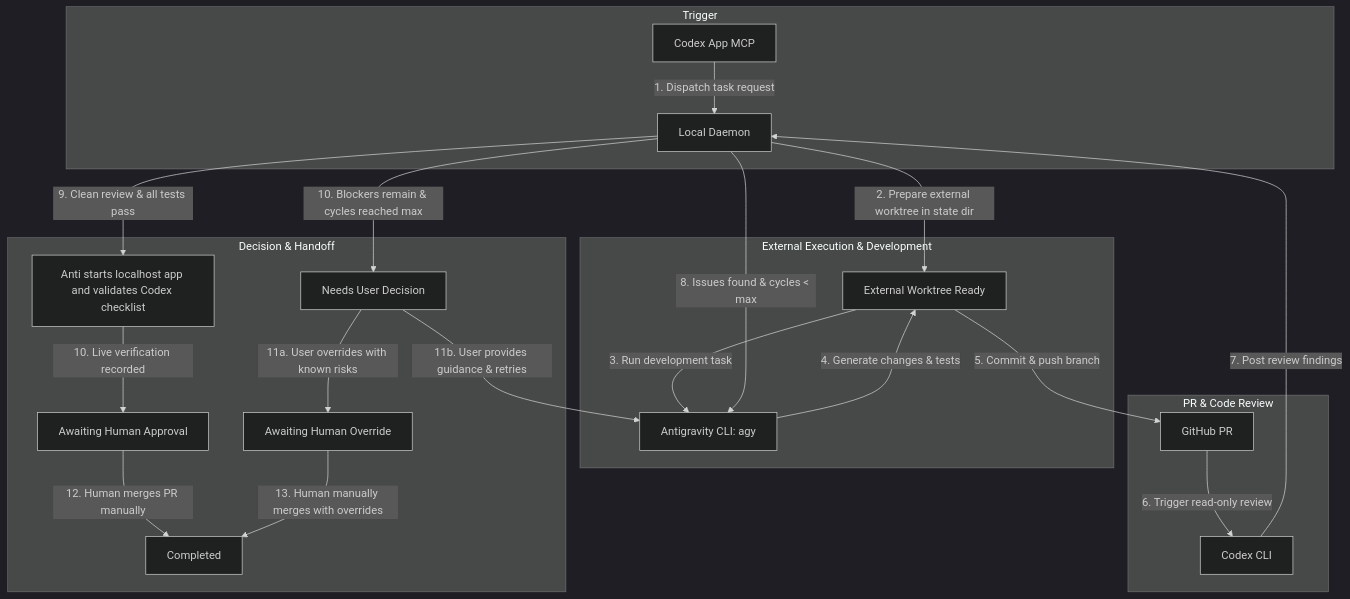
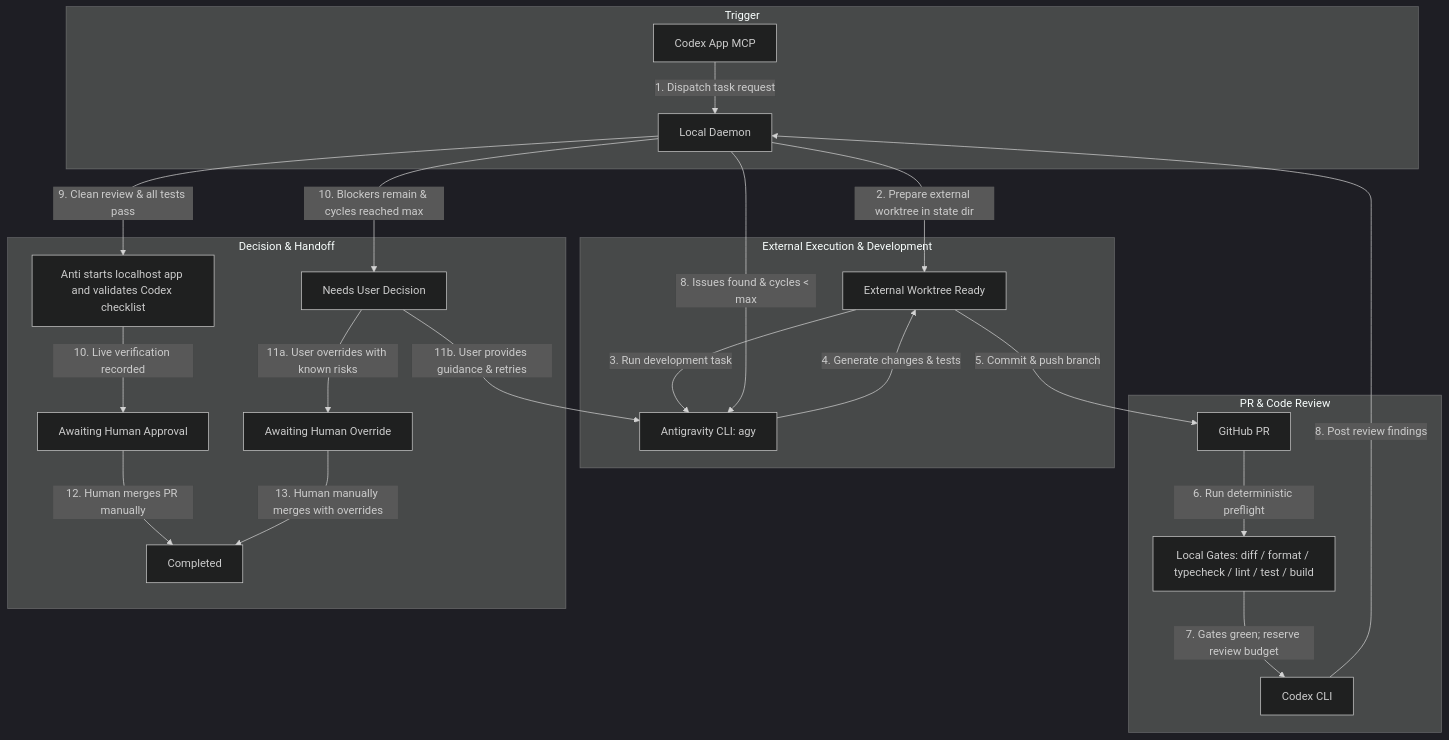
One commit to echoleesong/codex-anti-orchestrator changed the diagram in README.md. Above: the diagram before and after it, drawn with Mermaid (dark theme). The commit also changed other lines of this file and 12 other files, not shown here.

First line of the commit message:
refactor: finish quota-safe Codex review pipeline

````diff
--- a/README.md
+++ b/README.md
@@ -15,29 +15,30 @@
 ```mermaid
 flowchart TD
     subgraph Trigger
         A[Codex App MCP] -->|1. Dispatch task request| B[Local Daemon]
     end
 
     subgraph External Execution & Development
         B -->|2. Prepare external worktree in state dir| C[External Worktree Ready]
         C -->|3. Run development task| D[Antigravity CLI: agy]
         D -->|4. Generate changes & tests| C
     end
 
     subgraph PR & Code Review
         C -->|5. Commit & push branch| E[GitHub PR]
-        E -->|6. Trigger read-only review| F[Codex CLI]
-        F -->|7. Post review findings| B
+        E -->|6. Run deterministic preflight| Q[Local Gates: diff / format / typecheck / lint / test / build]
+        Q -->|7. Gates green; reserve review budget| F[Codex CLI]
+        F -->|8. Post review findings| B
     end
 
     subgraph Decision & Handoff
         B -->|8. Issues found & cycles < max| D
     B -->|9. Clean review & all tests pass| V[Anti starts localhost app and validates Codex checklist]
     V -->|10. Live verification recorded| G[Awaiting Human Approval]
         B -->|10. Blockers remain & cycles reached max| H[Needs User Decision]
         H -->|11a. User overrides with known risks| J[Awaiting Human Override]
         H -->|11b. User provides guidance & retries| D
         G -->|12. Human merges PR manually| I[Completed]
         J -->|13. Human manually merges with overrides| I
     end
 ```
````
